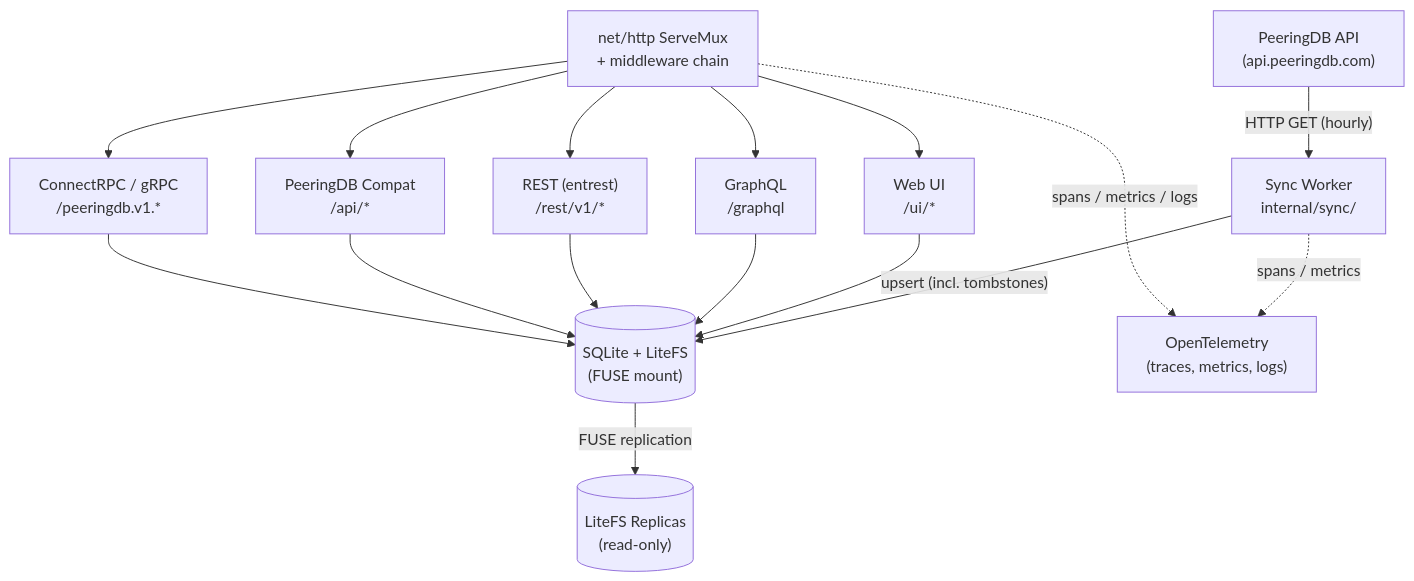
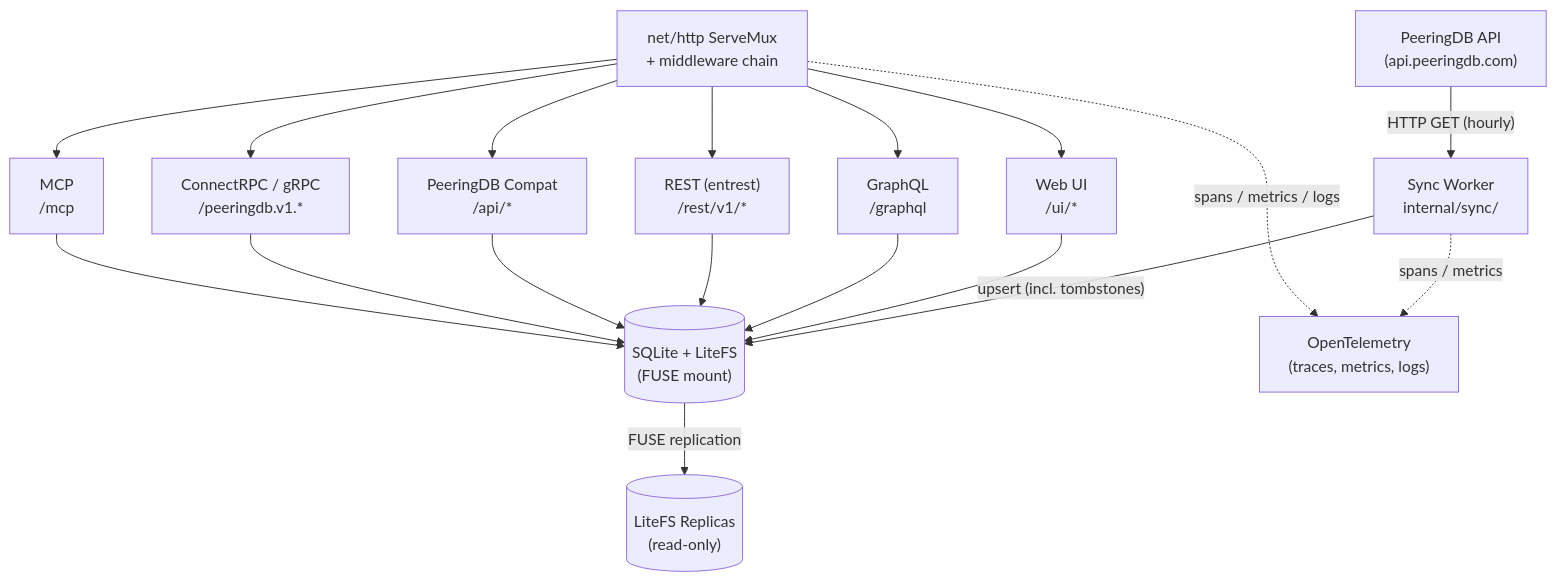
One commit to dotwaffle/peeringdb-plus changed the first of 2 diagrams in docs/ARCHITECTURE.md. Above: the diagram before and after it, drawn with Mermaid. The commit also changed other lines of this file and 39 other files, not shown here.

````diff
--- a/docs/ARCHITECTURE.md
+++ b/docs/ARCHITECTURE.md
@@ -26,30 +26,33 @@
 ```mermaid
 graph TD
     PDB["PeeringDB API<br/>(api.peeringdb.com)"]
     W["Sync Worker<br/>internal/sync/"]
     DB[("SQLite + LiteFS<br/>(FUSE mount)")]
     REP[("LiteFS Replicas<br/>(read-only)")]
     MUX["net/http ServeMux<br/>+ middleware chain"]
     WEB["Web UI<br/>/ui/*"]
     GQL["GraphQL<br/>/graphql"]
     REST["REST (entrest)<br/>/rest/v1/*"]
     COMPAT["PeeringDB Compat<br/>/api/*"]
     RPC["ConnectRPC / gRPC<br/>/peeringdb.v1.*"]
+    MCP["MCP<br/>/mcp"]
     OTEL["OpenTelemetry<br/>(traces, metrics, logs)"]
 
     PDB -->|"HTTP GET (hourly)"| W
     W -->|"upsert (incl. tombstones)"| DB
     DB -->|"FUSE replication"| REP
     MUX --> WEB
     MUX --> GQL
     MUX --> REST
     MUX --> COMPAT
     MUX --> RPC
+    MUX --> MCP
     WEB --> DB
     GQL --> DB
     REST --> DB
     COMPAT --> DB
     RPC --> DB
+    MCP --> DB
     W -.->|"spans / metrics"| OTEL
     MUX -.->|"spans / metrics / logs"| OTEL
 ```
````
